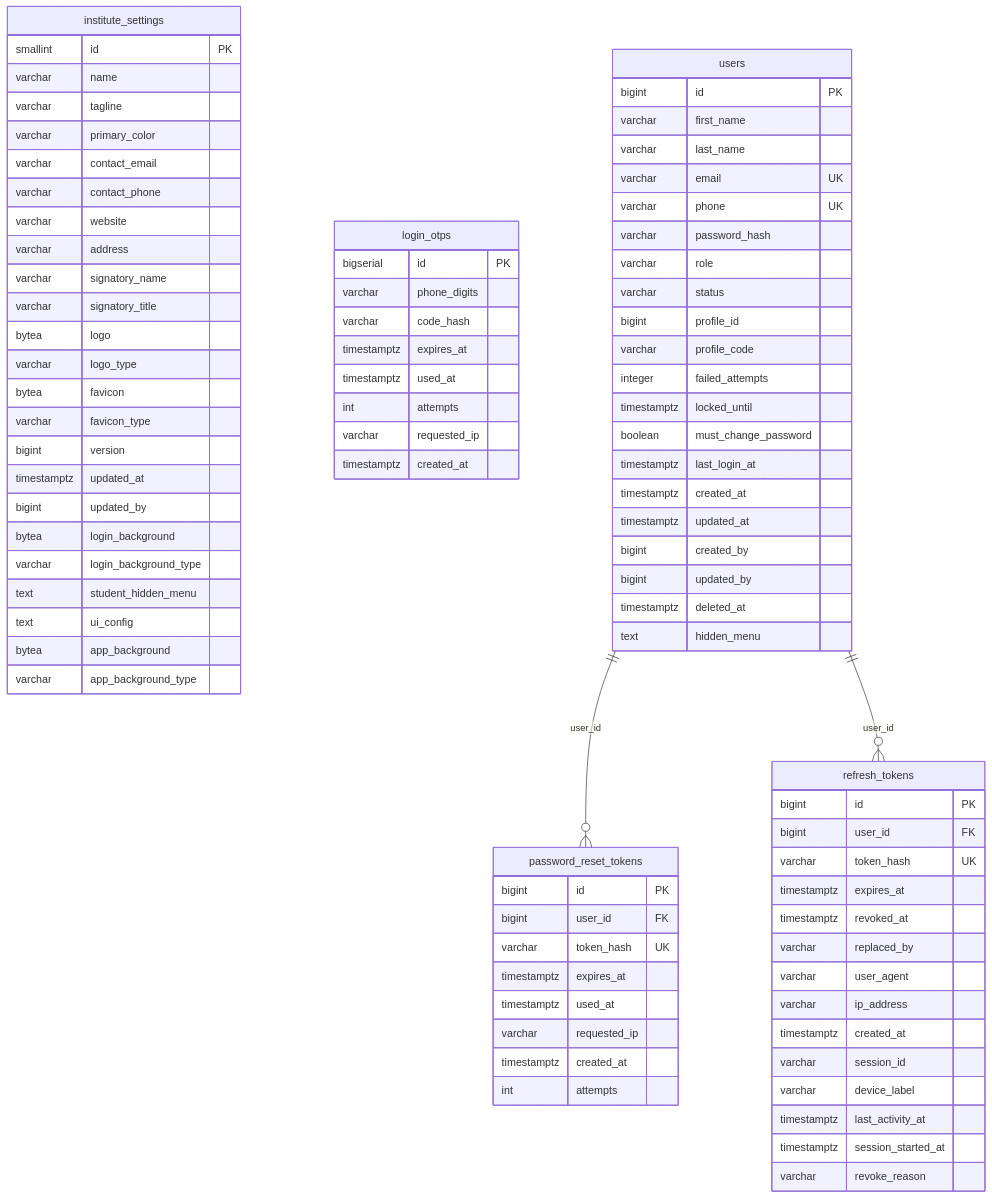
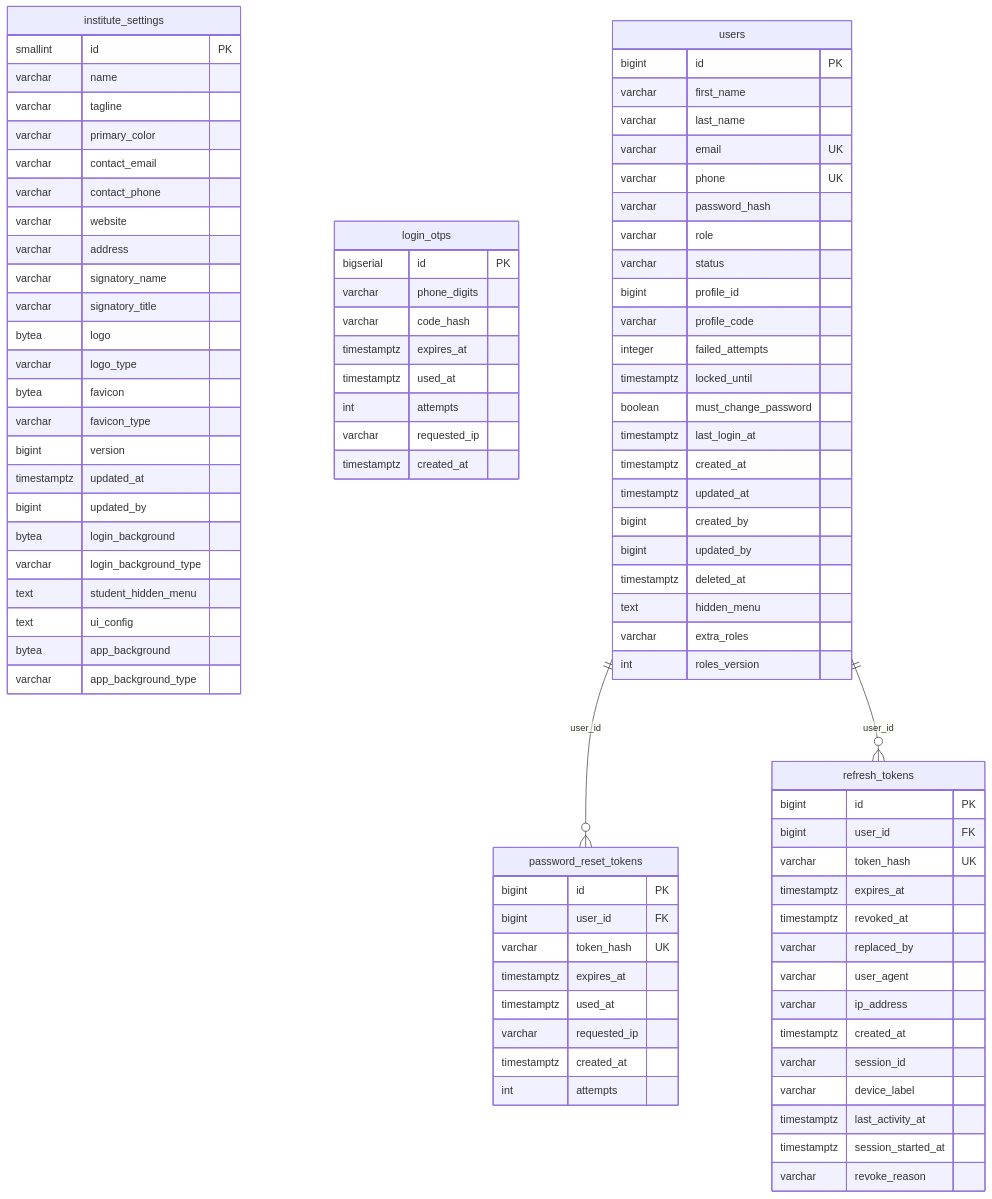
Before and after one commit to rohanrk2810/ITLMS: the diagram in docs/diagrams/db/identity.mmd, drawn with Mermaid. The commit also changed 72 other files, not shown here.

```diff
--- a/docs/diagrams/db/identity.mmd
+++ b/docs/diagrams/db/identity.mmd
@@ -1,86 +1,88 @@
 erDiagram
     institute_settings {
         smallint id PK
         varchar name
         varchar tagline
         varchar primary_color
         varchar contact_email
         varchar contact_phone
         varchar website
         varchar address
         varchar signatory_name
         varchar signatory_title
         bytea logo
         varchar logo_type
         bytea favicon
         varchar favicon_type
         bigint version
         timestamptz updated_at
         bigint updated_by
         bytea login_background
         varchar login_background_type
         text student_hidden_menu
         text ui_config
         bytea app_background
         varchar app_background_type
     }
     login_otps {
         bigserial id PK
         varchar phone_digits
         varchar code_hash
         timestamptz expires_at
         timestamptz used_at
         int attempts
         varchar requested_ip
         timestamptz created_at
     }
     password_reset_tokens {
         bigint id PK
         bigint user_id FK
         varchar token_hash UK
         timestamptz expires_at
         timestamptz used_at
         varchar requested_ip
         timestamptz created_at
         int attempts
     }
     refresh_tokens {
         bigint id PK
         bigint user_id FK
         varchar token_hash UK
         timestamptz expires_at
         timestamptz revoked_at
         varchar replaced_by
         varchar user_agent
         varchar ip_address
         timestamptz created_at
         varchar session_id
         varchar device_label
         timestamptz last_activity_at
         timestamptz session_started_at
         varchar revoke_reason
     }
     users {
         bigint id PK
         varchar first_name
         varchar last_name
         varchar email UK
         varchar phone UK
         varchar password_hash
         varchar role
         varchar status
         bigint profile_id
         varchar profile_code
         integer failed_attempts
         timestamptz locked_until
         boolean must_change_password
         timestamptz last_login_at
         timestamptz created_at
         timestamptz updated_at
         bigint created_by
         bigint updated_by
         timestamptz deleted_at
         text hidden_menu
+        varchar extra_roles
+        int roles_version
     }
     users ||--o{ password_reset_tokens : "user_id"
     users ||--o{ refresh_tokens : "user_id"
```
